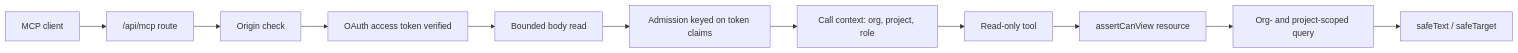
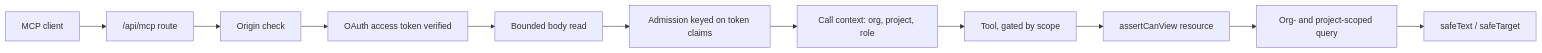
The diagram in .agents/skills/mcp-server/SKILL.md (supercheck-io/supercheck), drawn with Mermaid before and after one commit. The commit also changed other lines of this file and 1 other file, not shown here.

````diff
--- a/.agents/skills/mcp-server/SKILL.md
+++ b/.agents/skills/mcp-server/SKILL.md
@@ -10,13 +10,13 @@
 ```mermaid
 flowchart LR
   CLIENT[MCP client] --> ROUTE["/api/mcp route"]
   ROUTE --> ORIGIN[Origin check]
   ORIGIN --> TOKEN[OAuth access token verified]
   TOKEN --> BODY[Bounded body read]
   BODY --> LIMIT[Admission keyed on token claims]
   LIMIT --> CTX[Call context: org, project, role]
-  CTX --> TOOL[Read-only tool]
+  CTX --> TOOL[Tool, gated by scope]
   TOOL --> RBAC[assertCanView resource]
   RBAC --> QUERY[Org- and project-scoped query]
   QUERY --> REDACT[safeText / safeTarget]
 ```
````
